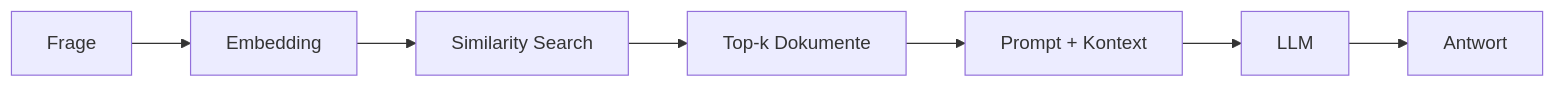
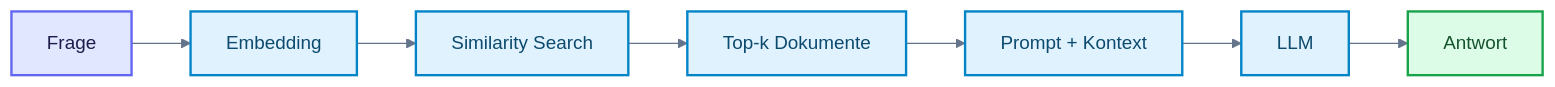
Before and after one commit to ralf-42/GenAI: the second of 2 diagrams in docs/05-prompting-rag/rag-konzepte.md, drawn with Mermaid. The commit also changed other lines of this file and 25 other files, not shown here.

````diff
--- a/docs/05-prompting-rag/rag-konzepte.md
+++ b/docs/05-prompting-rag/rag-konzepte.md
@@ -83,9 +103,33 @@
 ```mermaid
+---
+config:
+  theme: base
+  look: classic
+  themeVariables:
+    primaryColor: '#e0f2fe'
+    primaryBorderColor: '#0284c7'
+    primaryTextColor: '#1e293b'
+    lineColor: '#64748b'
+    clusterBkg: '#f8fafc'
+    clusterBorder: '#cbd5e1'
+    noteBkgColor: '#fef3c7'
+    noteBorderColor: '#d97706'
+    noteTextColor: '#78350f'
+    edgeLabelBackground: '#ffffff'
+---
+
 flowchart LR
     A[Frage] --> B[Embedding]
     B --> C[Similarity Search]
     C --> D[Top-k Dokumente]
     D --> E[Prompt + Kontext]
     E --> F[LLM]
     F --> G[Antwort]
+
+%% Funktionsfarben nach Mermaid_Best_Practices.md
+classDef default fill:#e0f2fe,stroke:#0284c7,stroke-width:2px,color:#0c4a6e;
+classDef input fill:#e0e7ff,stroke:#6366f1,stroke-width:2px,color:#1e1b4b;
+classDef output fill:#dcfce7,stroke:#16a34a,stroke-width:2px,color:#14532d;
+class A input;
+class G output;
 ```
````
